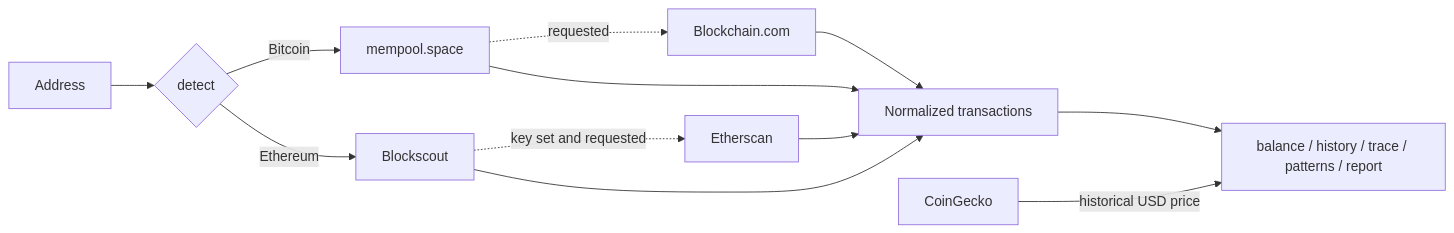
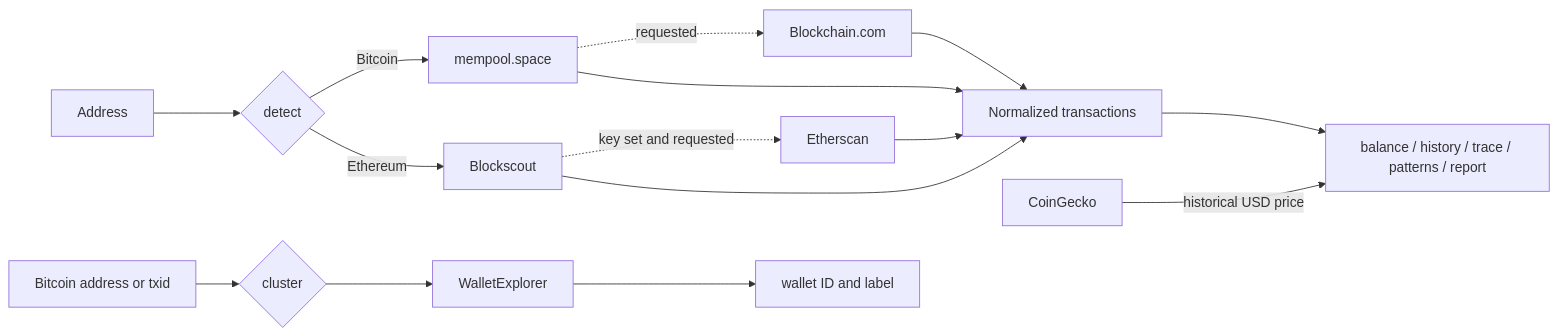
One commit to nilsonsangy/follow-the-money changed the diagram in README.md. Above: the diagram before and after it, drawn with Mermaid. The commit also changed other lines of this file and 7 other files, not shown here.

First line of the commit message:
feat(cli): add cluster command for Bitcoin wallet identification

````diff
--- a/README.md
+++ b/README.md
@@ -55,14 +55,17 @@
 ```mermaid
 flowchart LR
     A[Address] --> D{detect}
     D -->|Bitcoin| B[mempool.space]
     D -->|Ethereum| E[Blockscout]
     B -. requested .-> BC[Blockchain.com]
     E -. key set and requested .-> ES[Etherscan]
     B --> N[Normalized transactions]
     E --> N
     BC --> N
     ES --> N
     N --> C[balance / history / trace / patterns / report]
     CG[CoinGecko] -->|historical USD price| C
+    W[Bitcoin address or txid] --> CL{cluster}
+    CL --> WE[WalletExplorer]
+    WE --> R[wallet ID and label]
 ```
````
